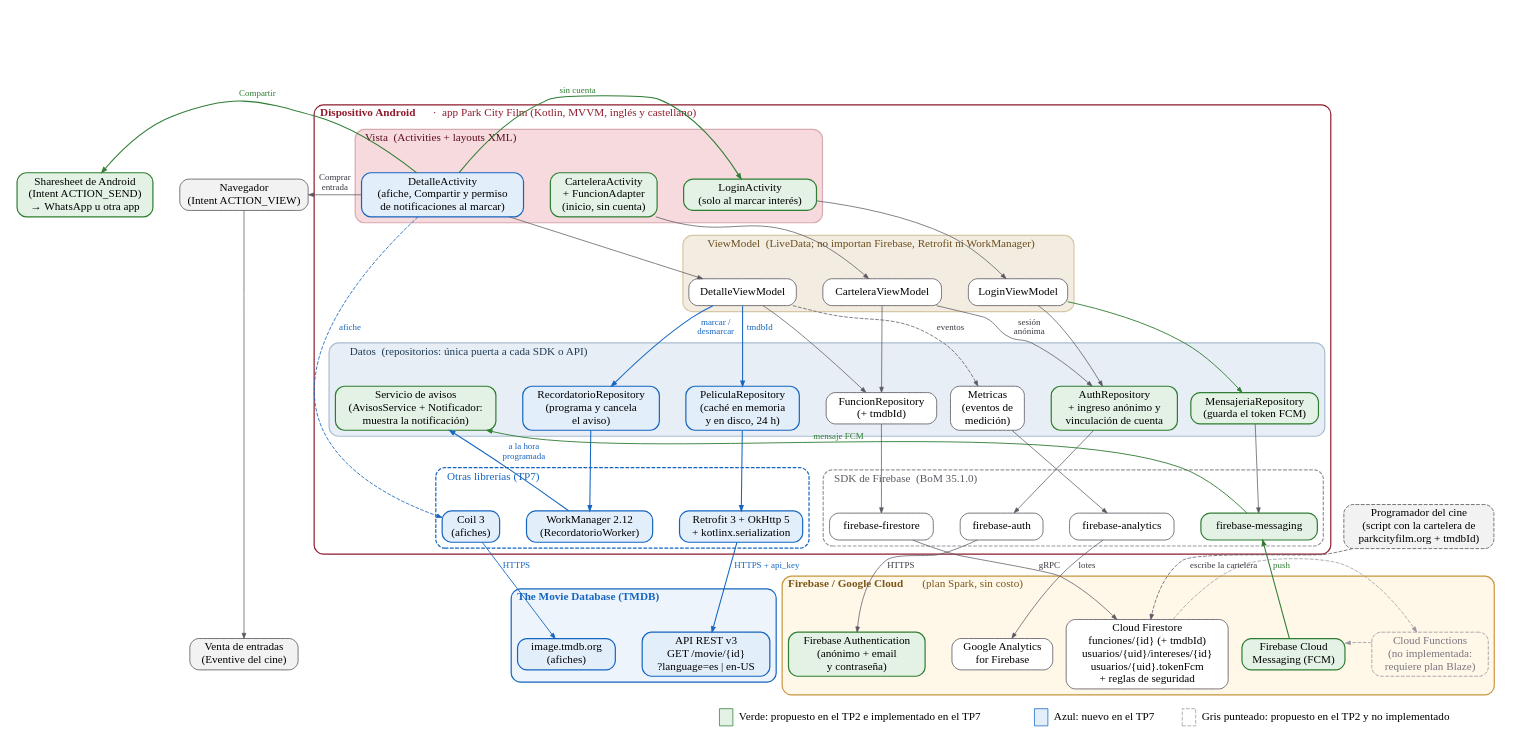
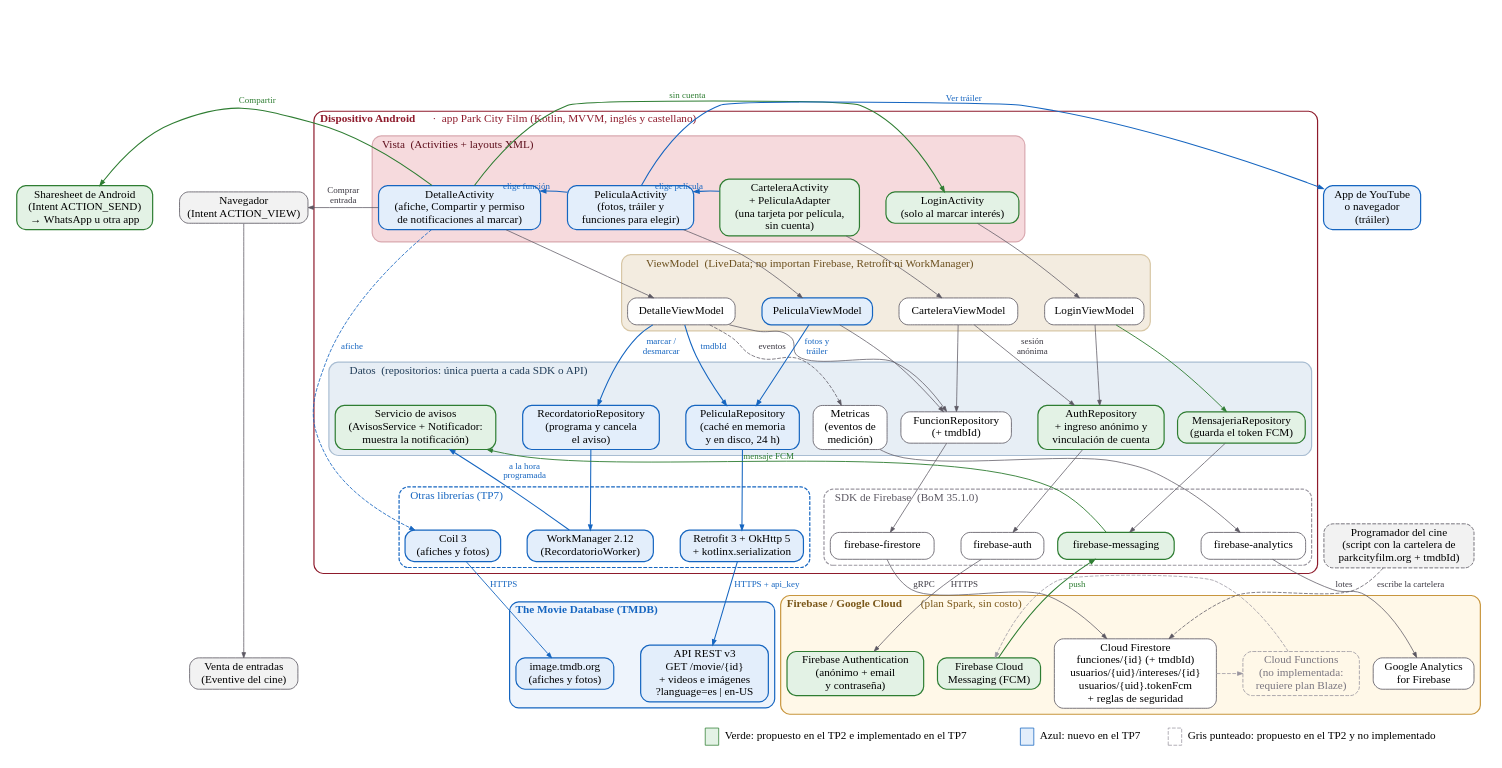
Before and after one commit to 4ndr35py/ArqMov_Cartelera: the diagram in diagramas/arquitectura_v3.dot, drawn with Graphviz. The commit also changed 2 other files, not shown here.

Commit message:
TP7: diagrama con la pantalla de película, fotos y tráiler

```diff
--- a/diagramas/arquitectura_v3.dot
+++ b/diagramas/arquitectura_v3.dot
@@ -1,108 +1,114 @@
 // Figura del TP7: parte de la Figura 2 del TP2 (arquitectura_v2.dot).
 // Verde: propuesto en el TP2 e implementado en el TP7.
 // Azul: nuevo en el TP7.  Gris punteado: propuesto en el TP2 y no implementado.
 digraph G {
   graph [rankdir=TB, fontname="Calibri", fontsize=15, nodesep=0.25, ranksep=0.45, pad=0.2, compound=true, newrank=true, bgcolor="white", labelloc=b, labeljust=r,
          label=<<table border="0" cellspacing="6" cellpadding="2"><tr>
            <td bgcolor="#E3F2E5" border="1" color="#2E7D32" width="18"> </td><td align="left"><font point-size="15">Verde: propuesto en el TP2 e implementado en el TP7</font></td>
            <td width="12"> </td>
            <td bgcolor="#E3EEFB" border="1" color="#1565C0" width="18"> </td><td align="left"><font point-size="15">Azul: nuevo en el TP7</font></td>
            <td width="12"> </td>
            <td border="1" color="#9a96a0" style="dashed" width="18"> </td><td align="left"><font point-size="15">Gris punteado: propuesto en el TP2 y no implementado</font></td>
          </tr></table>>];
   node  [shape=box, style="rounded,filled", fontname="Calibri", fontsize=15, color="#5c5862", fillcolor="white", penwidth=1.1, margin="0.12,0.06"];
   edge  [fontname="Calibri", fontsize=12, color="#5c5862", arrowsize=0.7, fontcolor="#3a3740"];
 
   share [label="Sharesheet de Android\n(Intent ACTION_SEND)\n→ WhatsApp u otra app", fillcolor="#E3F2E5", color="#2E7D32", penwidth=1.6];
   nav   [label="Navegador\n(Intent ACTION_VIEW)", fillcolor="#F2F2F2"];
 
   subgraph cluster_disp {
     label=<<b>Dispositivo Android</b>  ·  app Park City Film (Kotlin, MVVM, inglés y castellano)>; labeljust=l; labelloc=t; style="rounded"; color="#8E1B2C"; penwidth=1.6; fontcolor="#8E1B2C";
 
     subgraph cluster_view {
       label="Vista  (Activities + layouts XML)"; labeljust=l; labelloc=t; style="rounded,filled"; fillcolor="#F6DADD"; color="#d9a9b0"; fontcolor="#5E0F1C";
       det   [label="DetalleActivity\n(afiche, Compartir y permiso\nde notificaciones al marcar)", fillcolor="#E3EEFB", color="#1565C0", penwidth=1.6];
-      cart  [label="CarteleraActivity\n+ FuncionAdapter\n(inicio, sin cuenta)", fillcolor="#E3F2E5", color="#2E7D32", penwidth=1.6];
+      cart  [label="CarteleraActivity\n+ PeliculaAdapter\n(una tarjeta por película,\nsin cuenta)", fillcolor="#E3F2E5", color="#2E7D32", penwidth=1.6];
+      pel   [label="PeliculaActivity\n(fotos, tráiler y\nfunciones para elegir)", fillcolor="#E3EEFB", color="#1565C0", penwidth=1.6];
       login [label="LoginActivity\n(solo al marcar interés)", fillcolor="#E3F2E5", color="#2E7D32", penwidth=1.6];
     }
     subgraph cluster_vm {
       label="ViewModel  (LiveData; no importan Firebase, Retrofit ni WorkManager)"; labeljust=l; labelloc=t; style="rounded,filled"; fillcolor="#F3ECE0"; color="#d8c7a6"; fontcolor="#6b4f1d";
-      dvm [label="DetalleViewModel"]; cvm [label="CarteleraViewModel"]; lvm [label="LoginViewModel"];
+      dvm [label="DetalleViewModel"]; pvm [label="PeliculaViewModel", fillcolor="#E3EEFB", color="#1565C0", penwidth=1.6]; cvm [label="CarteleraViewModel"]; lvm [label="LoginViewModel"];
     }
     subgraph cluster_data {
       label="Datos  (repositorios: única puerta a cada SDK o API)"; labeljust=l; labelloc=t; style="rounded,filled"; fillcolor="#E7EEF5"; color="#a9bdd2"; fontcolor="#1f3b57";
       rr  [label="RecordatorioRepository\n(programa y cancela\nel aviso)", fillcolor="#E3EEFB", color="#1565C0", penwidth=1.6];
       pr  [label="PeliculaRepository\n(caché en memoria\ny en disco, 24 h)", fillcolor="#E3EEFB", color="#1565C0", penwidth=1.6];
       met [label="Metricas\n(eventos de\nmedición)"];
       fr  [label="FuncionRepository\n(+ tmdbId)"];
       ar  [label="AuthRepository\n+ ingreso anónimo y\nvinculación de cuenta", fillcolor="#E3F2E5", color="#2E7D32", penwidth=1.6];
       mr  [label="MensajeriaRepository\n(guarda el token FCM)", fillcolor="#E3F2E5", color="#2E7D32", penwidth=1.6];
       aviso [label="Servicio de avisos\n(AvisosService + Notificador:\nmuestra la notificación)", fillcolor="#E3F2E5", color="#2E7D32", penwidth=1.6];
     }
     subgraph cluster_libs {
       label="Otras librerías (TP7)"; labeljust=l; labelloc=t; style="rounded,dashed"; color="#1565C0"; fontcolor="#1565C0";
       work  [label="WorkManager 2.12\n(RecordatorioWorker)", fillcolor="#E3EEFB", color="#1565C0", penwidth=1.6];
       retro [label="Retrofit 3 + OkHttp 5\n+ kotlinx.serialization", fillcolor="#E3EEFB", color="#1565C0", penwidth=1.6];
-      coil  [label="Coil 3\n(afiches)", fillcolor="#E3EEFB", color="#1565C0", penwidth=1.6];
+      coil  [label="Coil 3\n(afiches y fotos)", fillcolor="#E3EEFB", color="#1565C0", penwidth=1.6];
     }
     subgraph cluster_sdk {
       label="SDK de Firebase  (BoM 35.1.0)"; labeljust=l; labelloc=t; style="rounded,dashed"; color="#9a96a0"; fontcolor="#5c5862";
       san [label="firebase-analytics"]; sfs [label="firebase-firestore"]; sauth [label="firebase-auth"];
       smsg [label="firebase-messaging", fillcolor="#E3F2E5", color="#2E7D32", penwidth=1.6];
     }
   }
 
   subgraph cluster_tmdb {
     label=<<b>The Movie Database (TMDB)</b>>; labeljust=l; labelloc=t; style="rounded,filled"; fillcolor="#EEF4FC"; color="#1565C0"; penwidth=1.6; fontcolor="#1565C0";
-    tapi [label="API REST v3\nGET /movie/{id}\n?language=es | en-US", fillcolor="#E3EEFB", color="#1565C0", penwidth=1.6];
-    timg [label="image.tmdb.org\n(afiches)", fillcolor="#E3EEFB", color="#1565C0", penwidth=1.6];
+    tapi [label="API REST v3\nGET /movie/{id}\n+ videos e imágenes\n?language=es | en-US", fillcolor="#E3EEFB", color="#1565C0", penwidth=1.6];
+    timg [label="image.tmdb.org\n(afiches y fotos)", fillcolor="#E3EEFB", color="#1565C0", penwidth=1.6];
   }
   subgraph cluster_cloud {
     label=<<b>Firebase / Google Cloud</b>  (plan Spark, sin costo)>; labeljust=l; labelloc=t; style="rounded,filled"; fillcolor="#FFF8E8"; color="#C8963E"; penwidth=1.6; fontcolor="#7a5719";
     fan   [label="Google Analytics\nfor Firebase"];
     ffs   [label="Cloud Firestore\nfunciones/{id} (+ tmdbId)\nusuarios/{uid}/intereses/{id}\nusuarios/{uid}.tokenFcm\n+ reglas de seguridad"];
     fauth [label="Firebase Authentication\n(anónimo + email\ny contraseña)", fillcolor="#E3F2E5", color="#2E7D32", penwidth=1.6];
     fcm   [label="Firebase Cloud\nMessaging (FCM)", fillcolor="#E3F2E5", color="#2E7D32", penwidth=1.6];
     fun   [label="Cloud Functions\n(no implementada:\nrequiere plan Blaze)", style="rounded,dashed", color="#9a96a0", fontcolor="#7a7680", fillcolor="white"];
   }
+  yt    [label="App de YouTube\no navegador\n(tráiler)", fillcolor="#E3EEFB", color="#1565C0", penwidth=1.6];
   venta [label="Venta de entradas\n(Eventive del cine)", fillcolor="#F2F2F2"];
   op    [label="Programador del cine\n(script con la cartelera de\nparkcityfilm.org + tmdbId)", style="rounded,filled,dashed", fillcolor="#F2F2F2"];
 
   // ---- filas y orden horizontal ----
-  {rank=same; share; nav; det; cart; login}
-  {rank=same; dvm; cvm; lvm}
+  {rank=same; share; nav; det; pel; cart; login; yt}
+  {rank=same; dvm; pvm; cvm; lvm}
   {rank=same; aviso; rr; pr; fr; ar; met; mr}
   {rank=same; coil; work; retro; sfs; sauth; san; smsg; op}
     {rank=same; venta; timg; tapi; ffs; fauth; fan; fcm; fun}
-  share -> nav -> det -> cart -> login [style=invis];
-  dvm -> cvm -> lvm [style=invis];
+  share -> nav -> det -> pel -> cart -> login -> yt [style=invis];
+  dvm -> pvm -> cvm -> lvm [style=invis];
   aviso -> rr -> pr -> fr -> ar -> met -> mr [style=invis];
   coil -> work -> retro -> sfs -> sauth -> san -> smsg -> op [style=invis];
   venta -> timg -> tapi -> ffs -> fauth -> fan -> fcm -> fun [style=invis];
   // columnas
   nav -> venta [weight=3];
   met -> san [weight=8]; fr -> sfs [weight=8]; ar -> sauth [weight=8]; mr -> smsg [weight=8];
   rr -> work [weight=8, color="#1565C0", penwidth=1.4];
   pr -> retro [weight=8, color="#1565C0", penwidth=1.4];
   retro -> tapi [weight=8, label=" HTTPS + api_key", color="#1565C0", fontcolor="#1565C0", penwidth=1.4];
   coil -> timg [weight=8, label=" HTTPS", color="#1565C0", fontcolor="#1565C0", penwidth=1.2];
   san -> fan [weight=8, label=" lotes"]; sfs -> ffs [weight=8, label=" gRPC"]; sauth -> fauth [weight=8, label=" HTTPS"];
   smsg -> fcm [weight=8, dir=back, label=" push", color="#2E7D32", fontcolor="#2E7D32", penwidth=1.4];
   work -> aviso [weight=4, label=" a la hora\n programada", color="#1565C0", fontcolor="#1565C0", penwidth=1.4];
   aviso -> smsg [dir=back, weight=0, xlabel="mensaje FCM", color="#2E7D32", fontcolor="#2E7D32", penwidth=1.2, constraint=false];
 
   // ---- relaciones ----
-  det -> dvm; cart -> cvm; login -> lvm;
+  det -> dvm; cart -> cvm; login -> lvm; pel -> pvm;
+  cart -> pel [color="#1565C0", penwidth=1.4, xlabel="elige película", fontcolor="#1565C0", constraint=false];
+  pel -> det [color="#1565C0", penwidth=1.4, xlabel="elige función", fontcolor="#1565C0", constraint=false];
+  pel -> yt [color="#1565C0", penwidth=1.4, xlabel="Ver tráiler", fontcolor="#1565C0", constraint=false];
+  pvm -> pr [color="#1565C0", penwidth=1.4, label=" fotos y\n tráiler", fontcolor="#1565C0"]; pvm -> fr;
   det -> share [label=" Compartir", color="#2E7D32", fontcolor="#2E7D32", penwidth=1.4];
   nav -> det [dir=back, label=" Comprar\n entrada"];
   det -> login [color="#2E7D32", penwidth=1.4, xlabel="sin cuenta", fontcolor="#2E7D32", constraint=false];
   dvm -> rr [color="#1565C0", penwidth=1.4, label=" marcar /\n desmarcar", fontcolor="#1565C0"];
   dvm -> pr [color="#1565C0", penwidth=1.4, label=" tmdbId", fontcolor="#1565C0"];
   dvm -> met [style=dashed, label=" eventos"];
   dvm -> fr; cvm -> fr; cvm -> ar [label=" sesión\n anónima"]; lvm -> ar;
   lvm -> mr [color="#2E7D32", penwidth=1.2];
   det -> coil [color="#1565C0", style=dashed, penwidth=1.1, label=" afiche", fontcolor="#1565C0"];
   ffs -> fun [style=dashed, color="#9a96a0", constraint=false];
   fun -> fcm [style=dashed, color="#9a96a0", constraint=false];
   op -> ffs [style=dashed, label=" escribe la cartelera"];
 }
```
